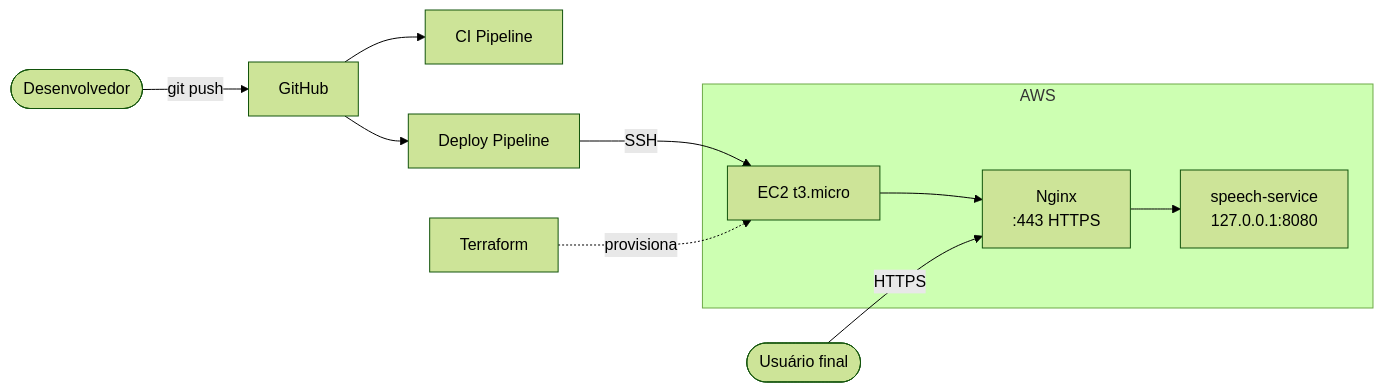
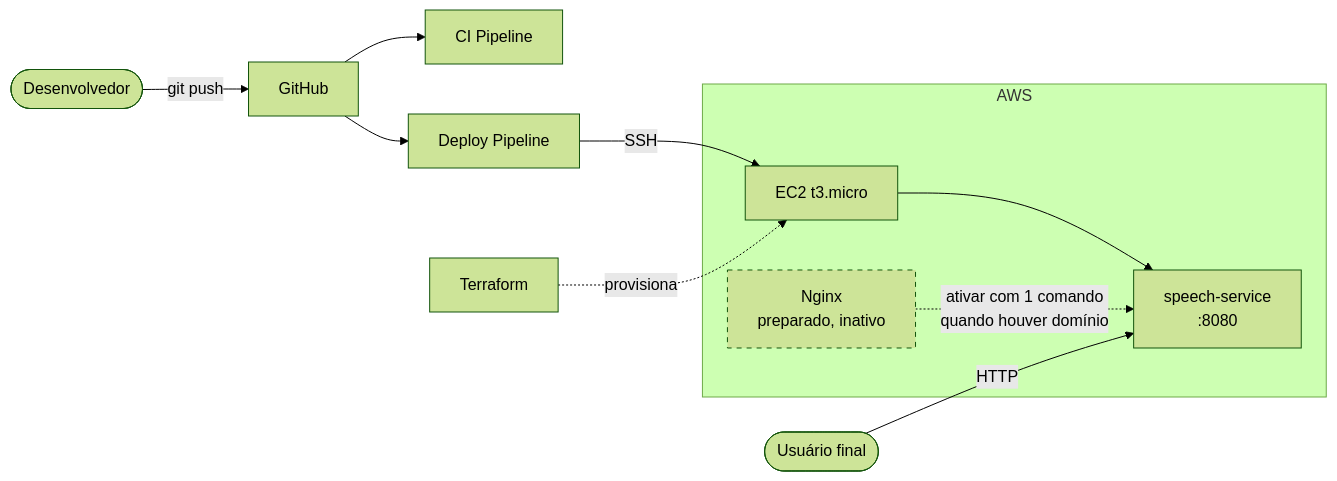
Before and after one commit to Dudainfinity/devspeak-ai: the diagram in README.md, drawn with Mermaid (forest theme). The commit also changed other lines of this file and 2 other files, not shown here.

First line of the commit message:
Revert container bind to 0.0.0.0:8080 until custom domain is available

````diff
--- a/README.md
+++ b/README.md
@@ -28,13 +28,16 @@
 ```mermaid
 graph LR
     Dev([Desenvolvedor]) -->|git push| GH[GitHub]
     GH --> CI[CI Pipeline]
     GH --> CD[Deploy Pipeline]
     CD -->|SSH| EC2
     subgraph AWS
-        EC2[EC2 t3.micro] --> Nginx[Nginx<br/>:443 HTTPS]
-        Nginx --> Container[speech-service<br/>127.0.0.1:8080]
+        EC2[EC2 t3.micro] --> Container[speech-service<br/>:8080]
+        Nginx[Nginx<br/>preparado, inativo]
     end
-    User([Usuário final]) -->|HTTPS| Nginx
+    User([Usuário final]) -->|HTTP| Container
     TF[Terraform] -.->|provisiona| EC2
+    Nginx -.->|ativar com 1 comando<br/>quando houver domínio| Container
+
+    style Nginx stroke-dasharray: 5 5
 ```
````
